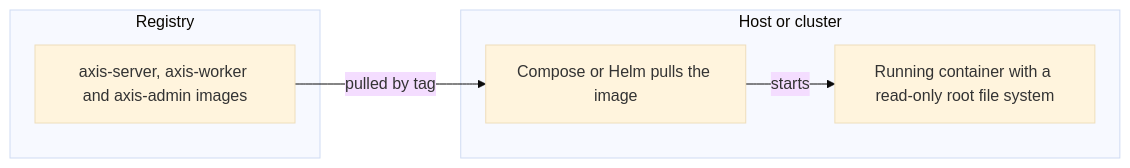
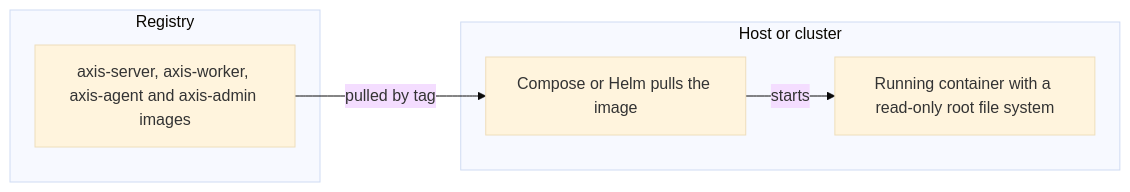
The third of 7 diagrams in docs/reference/threat-model-installation.md (phuongnse/axis), drawn with Mermaid (base theme) before and after one commit. The commit also changed other lines of this file and 17 other files, not shown here.

First line of the commit message:
The agent host ships in the production images, both Compose files and the Helm chart (#3117)

````diff
--- a/docs/reference/threat-model-installation.md
+++ b/docs/reference/threat-model-installation.md
@@ -76,12 +78,12 @@
 ```mermaid
 flowchart LR
     subgraph registry [Registry]
-        Images[axis-server, axis-worker and axis-admin images]
+        Images[axis-server, axis-worker, axis-agent and axis-admin images]
     end
     subgraph host [Host or cluster]
         Pull[Compose or Helm pulls the image]
         Running[Running container with a read-only root file system]
     end
     Images -->|pulled by tag| Pull
     Pull -->|starts| Running
 ```
````
